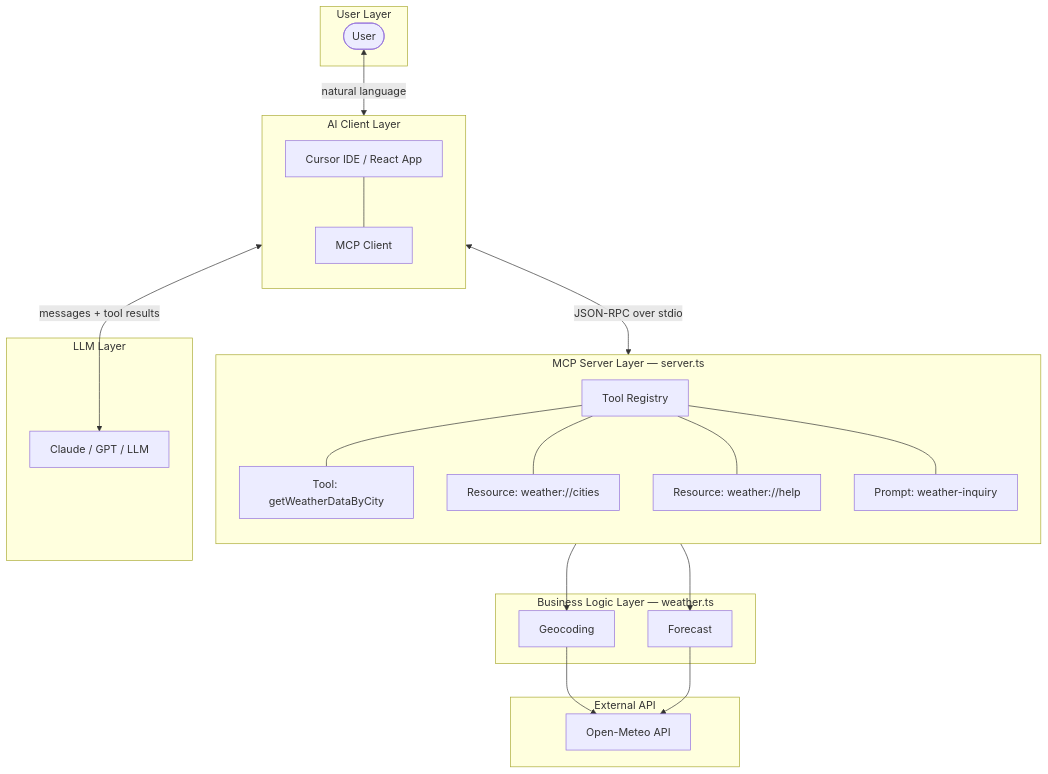
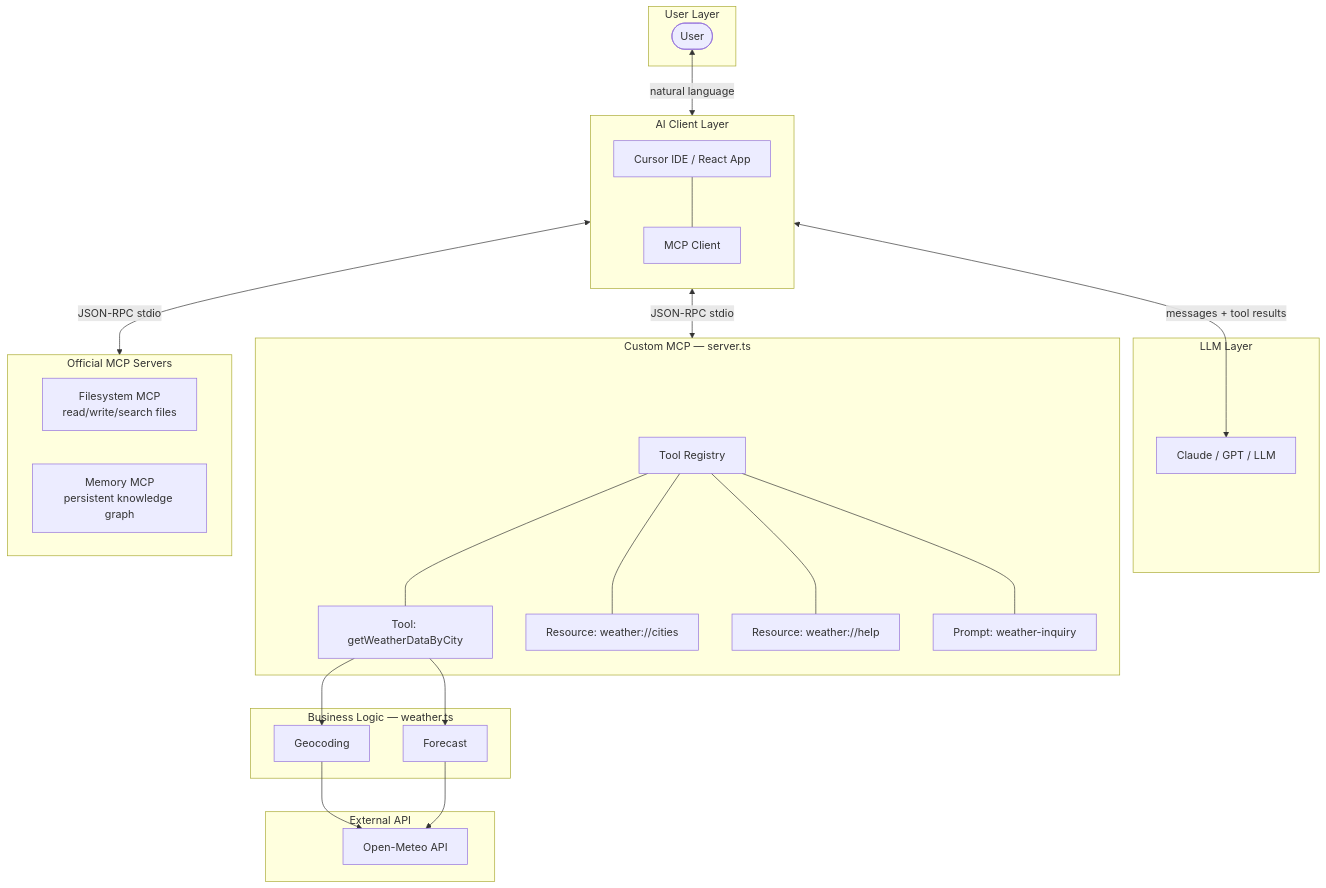
Before and after one commit to selva1990kumar/mcp-weather-tools: the first of 4 diagrams in docs/architecture.md, drawn with Mermaid. The commit also changed other lines of this file and 6 other files, not shown here.

First line of the commit message:
Update diagrams for filesystem/memory MCP, remove internal docs for portfolio

````diff
--- a/docs/architecture.md
+++ b/docs/architecture.md
@@ -37,45 +37,50 @@
 ```mermaid
 flowchart TB
     subgraph USER["User Layer"]
         U([User])
     end
 
     subgraph CLIENT["AI Client Layer"]
         direction TB
         CURSOR[Cursor IDE / React App]
         MCP_CLIENT[MCP Client]
         CURSOR --- MCP_CLIENT
     end
 
     subgraph LLM_LAYER["LLM Layer"]
         LLM[Claude / GPT / LLM]
     end
 
-    subgraph SERVER["MCP Server Layer — server.ts"]
-        direction TB
+    subgraph CUSTOM["Custom MCP — server.ts"]
         REGISTRY[Tool Registry]
         TOOL["Tool: getWeatherDataByCity"]
         RES1["Resource: weather://cities"]
         RES2["Resource: weather://help"]
         PROMPT["Prompt: weather-inquiry"]
         REGISTRY --- TOOL
         REGISTRY --- RES1
         REGISTRY --- RES2
         REGISTRY --- PROMPT
     end
 
-    subgraph LOGIC["Business Logic Layer — weather.ts"]
+    subgraph OFFICIAL["Official MCP Servers"]
+        FS[Filesystem MCP\nread/write/search files]
+        MEM[Memory MCP\npersistent knowledge graph]
+    end
+
+    subgraph LOGIC["Business Logic — weather.ts"]
         GEO[Geocoding]
         FORECAST[Forecast]
     end
 
     subgraph EXTERNAL["External API"]
         API[Open-Meteo API]
     end
 
     U <-->|"natural language"| CURSOR
     CURSOR <-->|"messages + tool results"| LLM
-    MCP_CLIENT <-->|"JSON-RPC over stdio"| REGISTRY
+    MCP_CLIENT <-->|"JSON-RPC stdio"| CUSTOM
+    MCP_CLIENT <-->|"JSON-RPC stdio"| OFFICIAL
     TOOL --> GEO --> API
     TOOL --> FORECAST --> API
 ```
````
